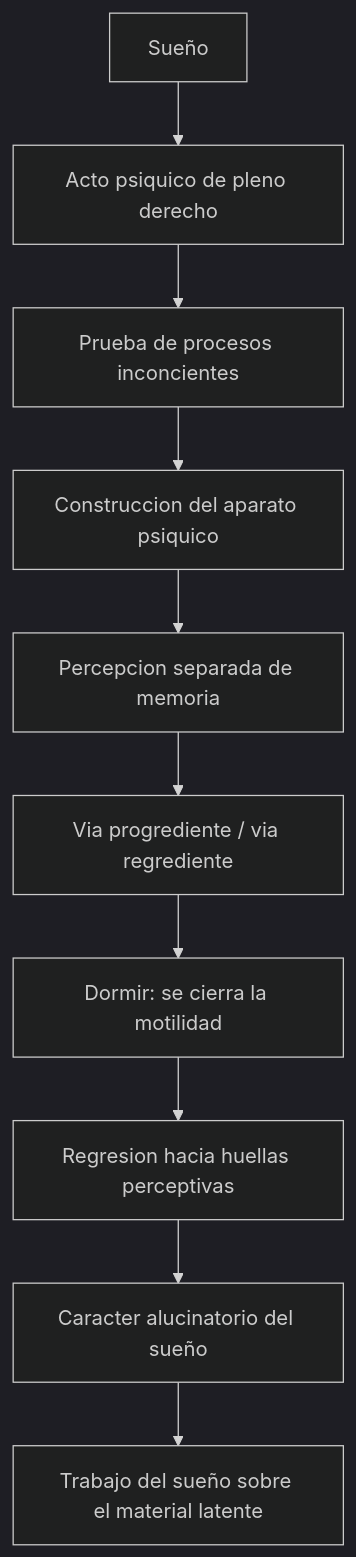
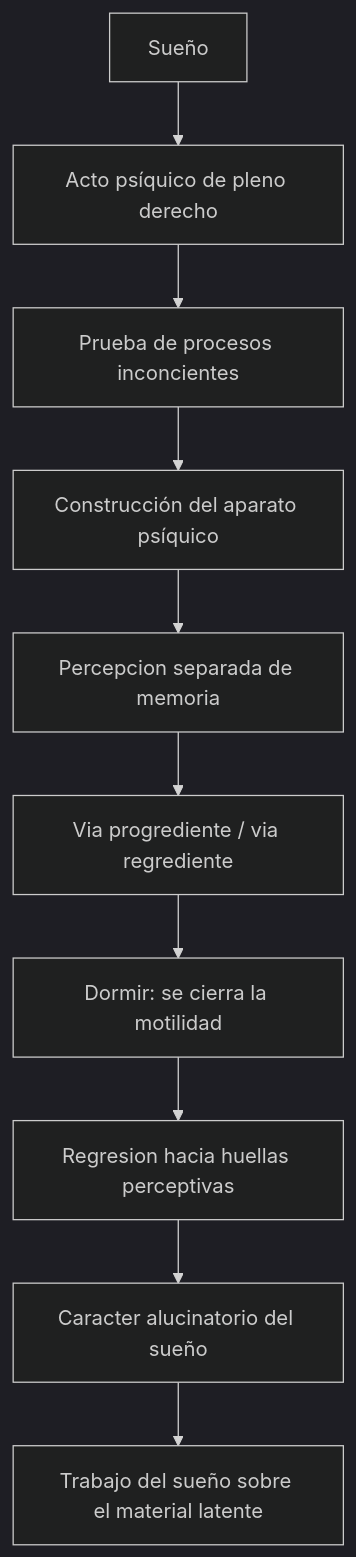
One commit to javifernandes/psicoanalisis-freud-laznik changed the fifth of 5 diagrams in libro/bookops/02-sintesis-integrada/05-sueno-y-aparato-psiquico.md. Above: the diagram before and after it, drawn with Mermaid (dark theme). The commit also changed other lines of this file and 30 other files, not shown here.

````diff
--- a/libro/bookops/02-sintesis-integrada/05-sueno-y-aparato-psiquico.md
+++ b/libro/bookops/02-sintesis-integrada/05-sueno-y-aparato-psiquico.md
@@ -145,12 +130,12 @@
 ```mermaid
 flowchart TD
-  A["Sueño"] --> B["Acto psiquico de pleno derecho"]
+  A["Sueño"] --> B["Acto psíquico de pleno derecho"]
   B --> C["Prueba de procesos inconcientes"]
-  C --> D["Construccion del aparato psiquico"]
+  C --> D["Construcción del aparato psíquico"]
   D --> E["Percepcion separada de memoria"]
   E --> F["Via progrediente / via regrediente"]
   F --> G["Dormir: se cierra la motilidad"]
   G --> H["Regresion hacia huellas perceptivas"]
   H --> I["Caracter alucinatorio del sueño"]
   I --> J["Trabajo del sueño sobre el material latente"]
 ```
````
